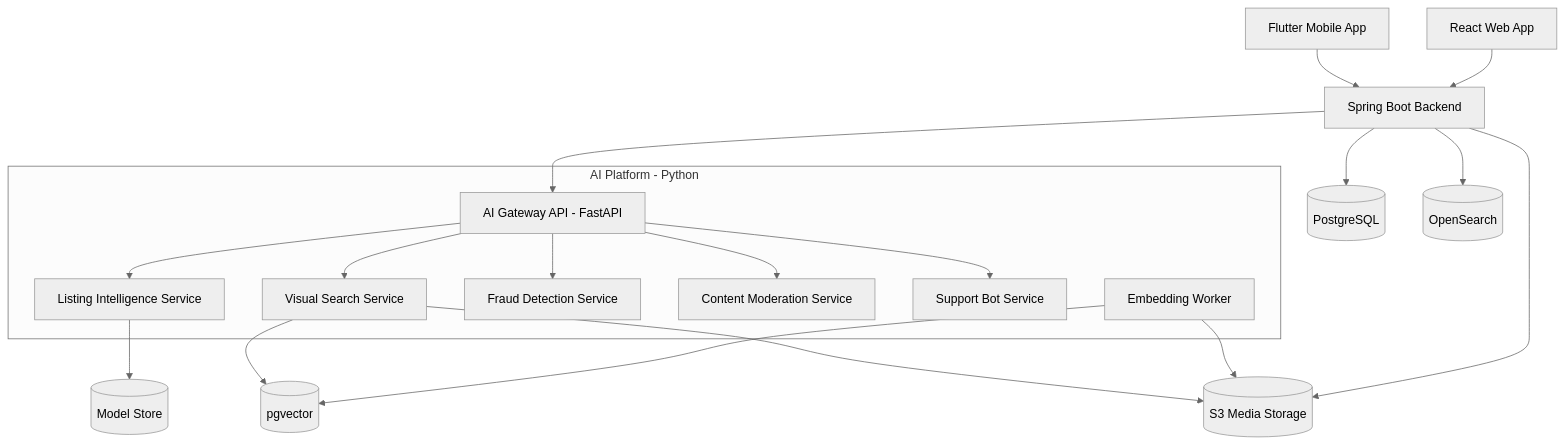
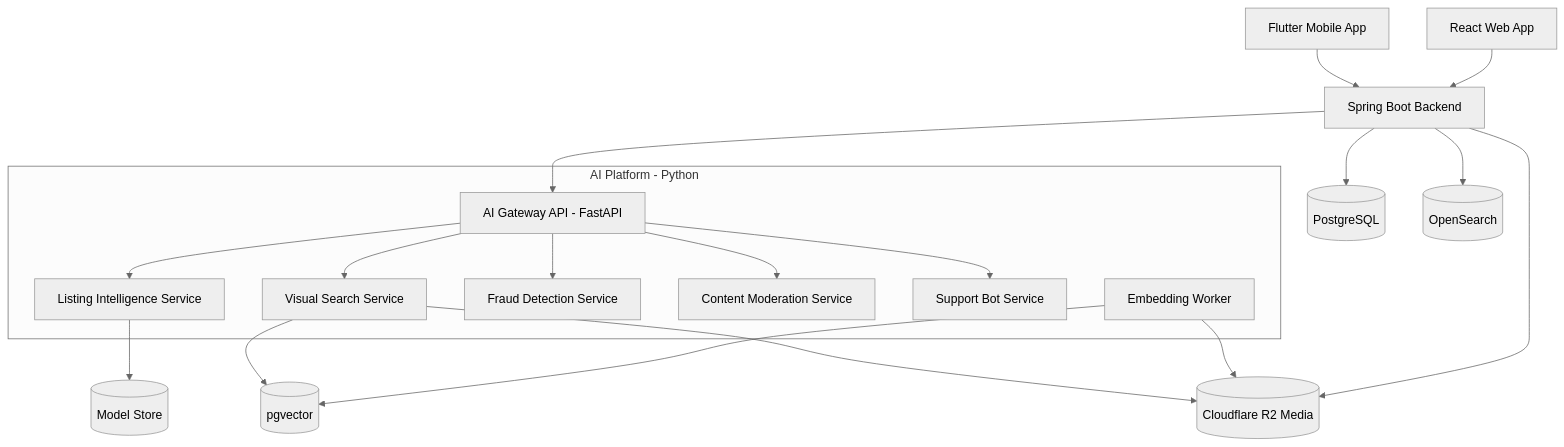
Before and after one commit to VSPL-New/Documents: the first of 6 diagrams in HLD/04-AI-Architecture.md, drawn with Mermaid (neutral theme). The commit also changed other lines of this file and 25 other files, not shown here.

Commit message:
docs: update architecture and organize story documents

````diff
--- a/HLD/04-AI-Architecture.md
+++ b/HLD/04-AI-Architecture.md
@@ -35,36 +35,36 @@
 ```mermaid
 graph TB
     Mobile[Flutter Mobile App]
     Web[React Web App]
     Backend[Spring Boot Backend]
 
     Mobile --> Backend
     Web --> Backend
 
     subgraph AI Platform - Python
         AIAPI[AI Gateway API - FastAPI]
         ListingAI[Listing Intelligence Service]
         VisualAI[Visual Search Service]
         FraudAI[Fraud Detection Service]
         ModerationAI[Content Moderation Service]
         SupportAI[Support Bot Service]
         EmbeddingWorker[Embedding Worker]
     end
 
     Backend --> AIAPI
     AIAPI --> ListingAI
     AIAPI --> VisualAI
     AIAPI --> FraudAI
     AIAPI --> ModerationAI
     AIAPI --> SupportAI
 
     ListingAI --> ModelStore[(Model Store)]
     VisualAI --> VectorDB[(pgvector)]
-    VisualAI --> ObjectStorage[(S3 Media Storage)]
+    VisualAI --> ObjectStorage[(Cloudflare R2 Media)]
     EmbeddingWorker --> VectorDB
     EmbeddingWorker --> ObjectStorage
 
     Backend --> PostgreSQL[(PostgreSQL)]
     Backend --> OpenSearch[(OpenSearch)]
     Backend --> ObjectStorage
 ```
````
